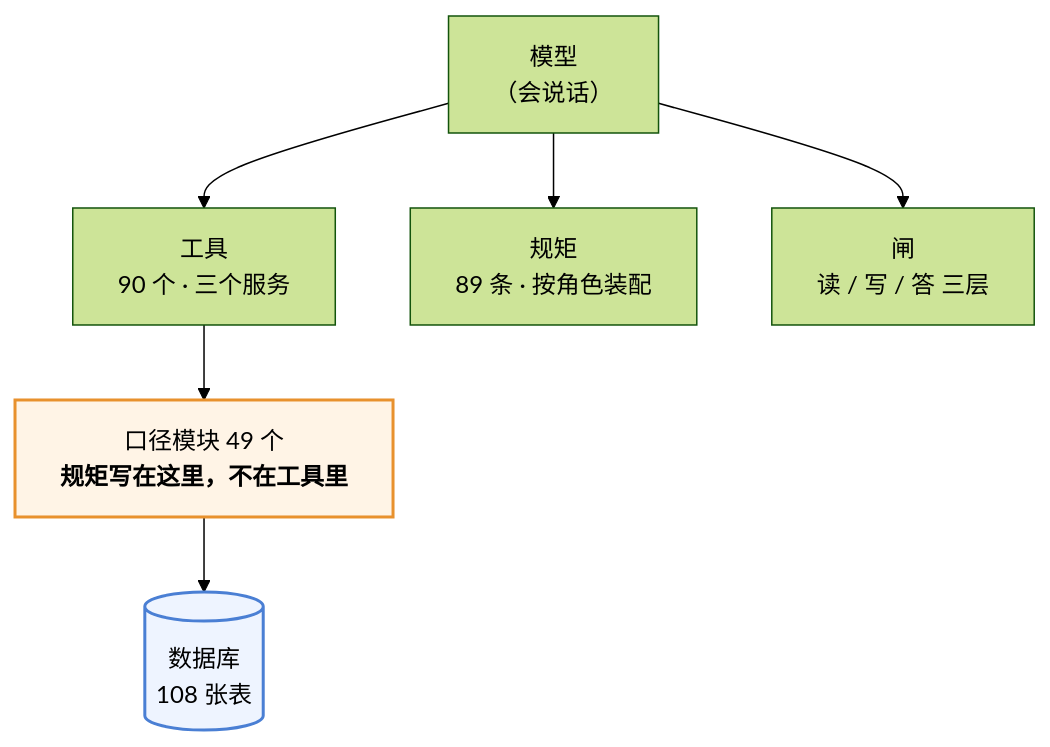
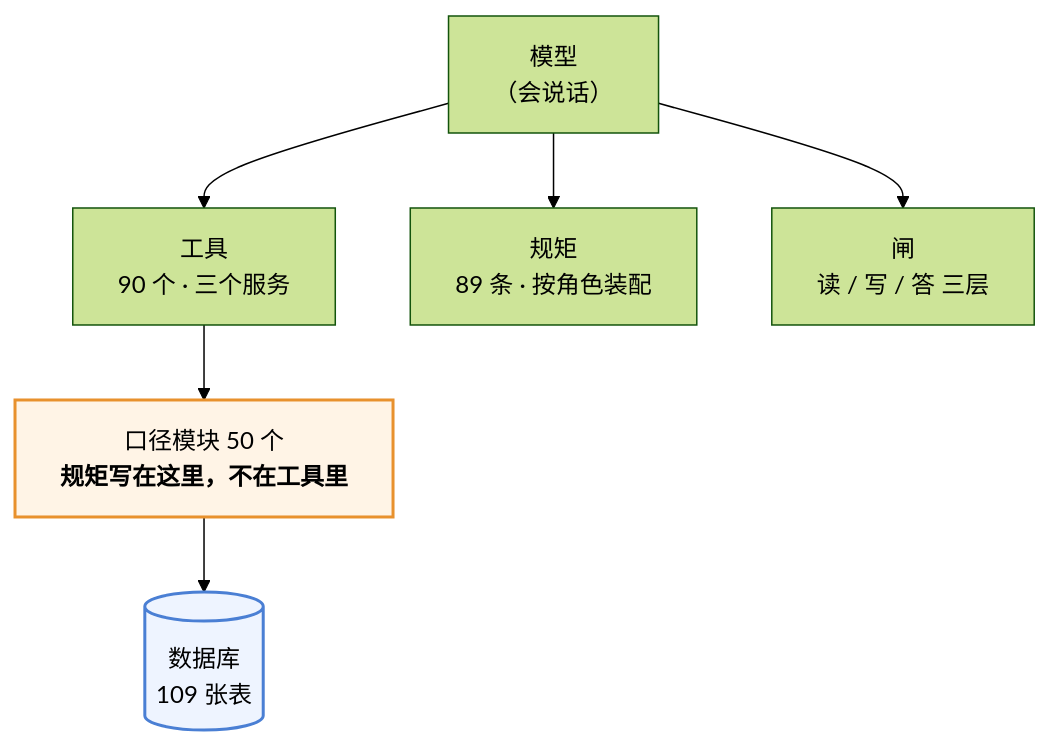
The first of 3 diagrams in 澜绣云裳agent-产品说明.md (843773296-rgb/lanxiu-yunshang-agent), drawn with Mermaid (forest theme) before and after one commit. The commit also changed other lines of this file and 29 other files, not shown here.

````diff
--- a/澜绣云裳agent-产品说明.md
+++ b/澜绣云裳agent-产品说明.md
@@ -62,12 +62,12 @@
 ```mermaid
 flowchart TD
     M["模型<br/>（会说话）"]
     M --> T["工具<br/>90 个 · 三个服务"]
     M --> R["规矩<br/>89 条 · 按角色装配"]
     M --> G["闸<br/>读 / 写 / 答 三层"]
-    T --> K["口径模块 49 个<br/><b>规矩写在这里，不在工具里</b>"]
-    K --> DB[("数据库<br/>108 张表")]
+    T --> K["口径模块 50 个<br/><b>规矩写在这里，不在工具里</b>"]
+    K --> DB[("数据库<br/>109 张表")]
 
     style K fill:#fff4e6,stroke:#e8912d,stroke-width:2px
     style DB fill:#eef4ff,stroke:#4a7fd4,stroke-width:2px
 ```
````
